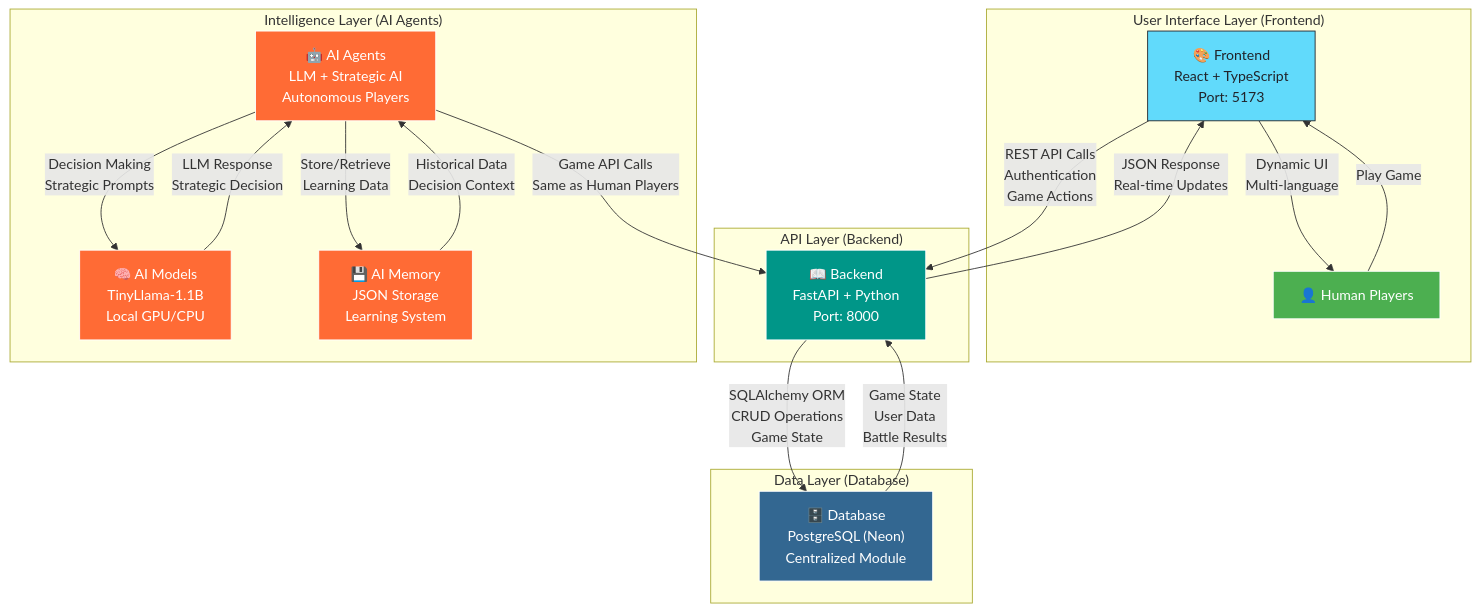
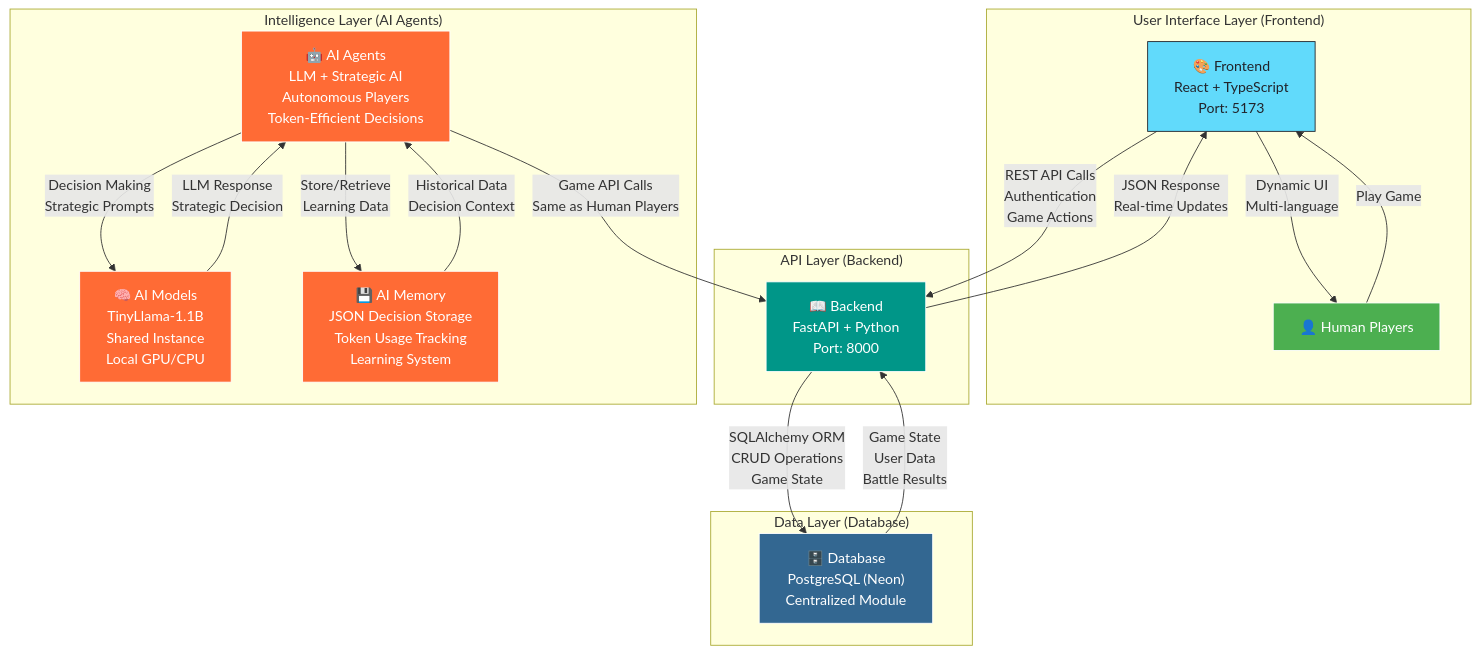
Before and after one commit to FilipePacheco73/Bellum-Astrum: the first of 2 diagrams in README.md, drawn with Mermaid. The commit also changed other lines of this file and 14 other files, not shown here.

````diff
--- a/README.md
+++ b/README.md
@@ -68,55 +68,55 @@
 ```mermaid
 graph TB
     subgraph "User Interface Layer (Frontend)"
         FE["🎨 Frontend<br/>React + TypeScript<br/>Port: 5173"]
         USER["👤 Human Players"]
     end
     
     subgraph "API Layer (Backend)"
         BE["📖 Backend<br/>FastAPI + Python<br/>Port: 8000"]
     end
     
     subgraph "Data Layer (Database)"
         DB["🗄️ Database<br/>PostgreSQL (Neon)<br/>Centralized Module"]
     end
     
     subgraph "Intelligence Layer (AI Agents)"
-        AI["🤖 AI Agents<br/>LLM + Strategic AI<br/>Autonomous Players"]
-        MODELS["🧠 AI Models<br/>TinyLlama-1.1B<br/>Local GPU/CPU"]
-        MEMORY["💾 AI Memory<br/>JSON Storage<br/>Learning System"]
+        AI["🤖 AI Agents<br/>LLM + Strategic AI<br/>Autonomous Players<br/>Token-Efficient Decisions"]
+        MODELS["🧠 AI Models<br/>TinyLlama-1.1B<br/>Shared Instance<br/>Local GPU/CPU"]
+        MEMORY["💾 AI Memory<br/>JSON Decision Storage<br/>Token Usage Tracking<br/>Learning System"]
     end
     
     %% User interactions
     USER -->|"Play Game"| FE
     FE -->|"REST API Calls<br/>Authentication<br/>Game Actions"| BE
     
     %% Backend to Database
     BE -->|"SQLAlchemy ORM<br/>CRUD Operations<br/>Game State"| DB
     
     %% AI Agent connections
     AI -->|"Game API Calls<br/>Same as Human Players"| BE
     AI -->|"Decision Making<br/>Strategic Prompts"| MODELS
     AI -->|"Store/Retrieve<br/>Learning Data"| MEMORY
     
     %% Data flow
     DB -->|"Game State<br/>User Data<br/>Battle Results"| BE
     BE -->|"JSON Response<br/>Real-time Updates"| FE
     FE -->|"Dynamic UI<br/>Multi-language"| USER
     
     %% AI learning cycle
     MEMORY -->|"Historical Data<br/>Decision Context"| AI
     MODELS -->|"LLM Response<br/>Strategic Decision"| AI
     
     %% Styling
     classDef frontend fill:#61dafb,stroke:#21232a,color:#21232a
     classDef backend fill:#009688,stroke:#ffffff,color:#ffffff
     classDef database fill:#336791,stroke:#ffffff,color:#ffffff
     classDef ai fill:#ff6b35,stroke:#ffffff,color:#ffffff
     classDef user fill:#4caf50,stroke:#ffffff,color:#ffffff
     
     class FE frontend
     class BE backend
     class DB database
     class AI,MODELS,MEMORY ai
     class USER user
 ```
````
